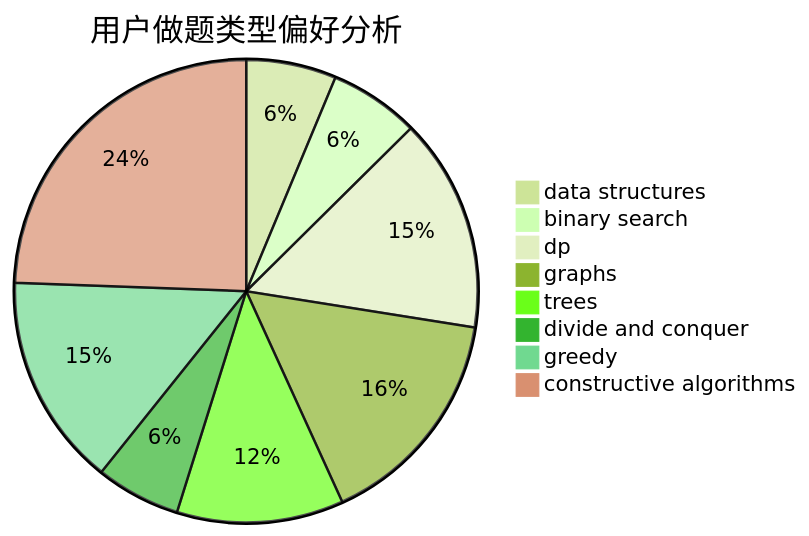
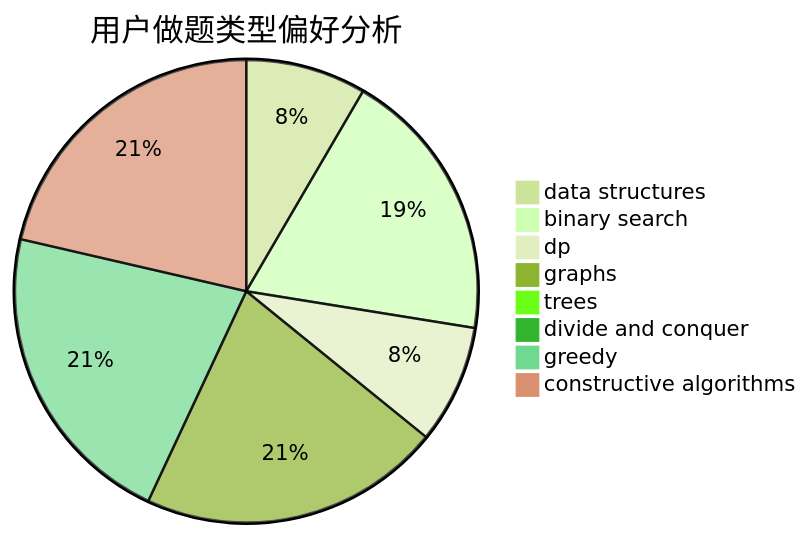
Before and after one commit to sherpahu/cfrs.github.io: the second of 3 diagrams in docs/user/u211.md, drawn with Mermaid (forest theme). The commit also changed other lines of this file and 2770 other files, not shown here.

````diff
--- a/docs/user/u211.md
+++ b/docs/user/u211.md
@@ -23,11 +23,11 @@
 ```mermaid
 pie title 用户做题类型偏好分析
-    "data structures" :  67
-    "binary search" :  67
-    "dp" :  159
-    "graphs" :  167
-    "trees" :  124
-    "divide and conquer" :  63
-    "greedy" :  158
-    "constructive algorithms" :  260
+    "data structures" :  153
+    "binary search" :  348
+    "dp" :  151
+    "graphs" :  384
+    "trees" :  18
+    "divide and conquer" :  0
+    "greedy" :  394
+    "constructive algorithms" :  389
 ```
````
